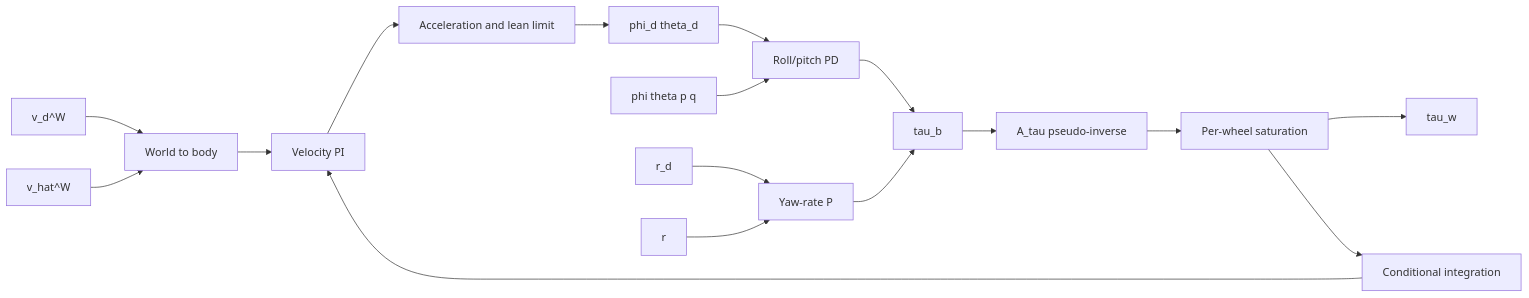
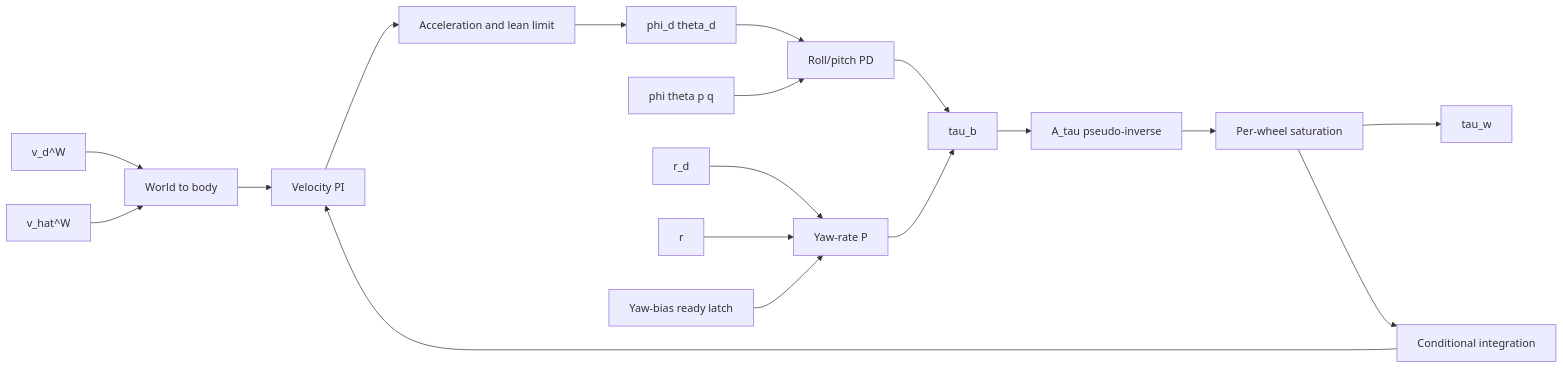
The third of 3 diagrams in specs/hardware_design/controll/ball_balancing_omnirover3wd/ball_balancing_omnirover3wd-architecture.md (nenecchiCV/ball-balancing-omni-rover), drawn with Mermaid before and after one commit. The commit also changed other lines of this file and 17 other files, not shown here.

````diff
--- a/specs/hardware_design/controll/ball_balancing_omnirover3wd/ball_balancing_omnirover3wd-architecture.md
+++ b/specs/hardware_design/controll/ball_balancing_omnirover3wd/ball_balancing_omnirover3wd-architecture.md
@@ -171,19 +190,20 @@
 ```mermaid
 flowchart LR
   VD[v_d^W] --> ROT[World to body]
   VH[v_hat^W] --> ROT
   ROT --> PI[Velocity PI]
   PI --> LIM[Acceleration and lean limit]
   LIM --> REF[phi_d theta_d]
   REF --> PD[Roll/pitch PD]
   ATT[phi theta p q] --> PD
   RD[r_d] --> YAW[Yaw-rate P]
   RATE[r] --> YAW
+  READY[Yaw-bias ready latch] --> YAW
   PD --> TAU[tau_b]
   YAW --> TAU
   TAU --> ALLOC[A_tau pseudo-inverse]
   ALLOC --> SAT[Per-wheel saturation]
   SAT --> MOTOR[tau_w]
   SAT --> AW[Conditional integration]
   AW --> PI
 ```
````
